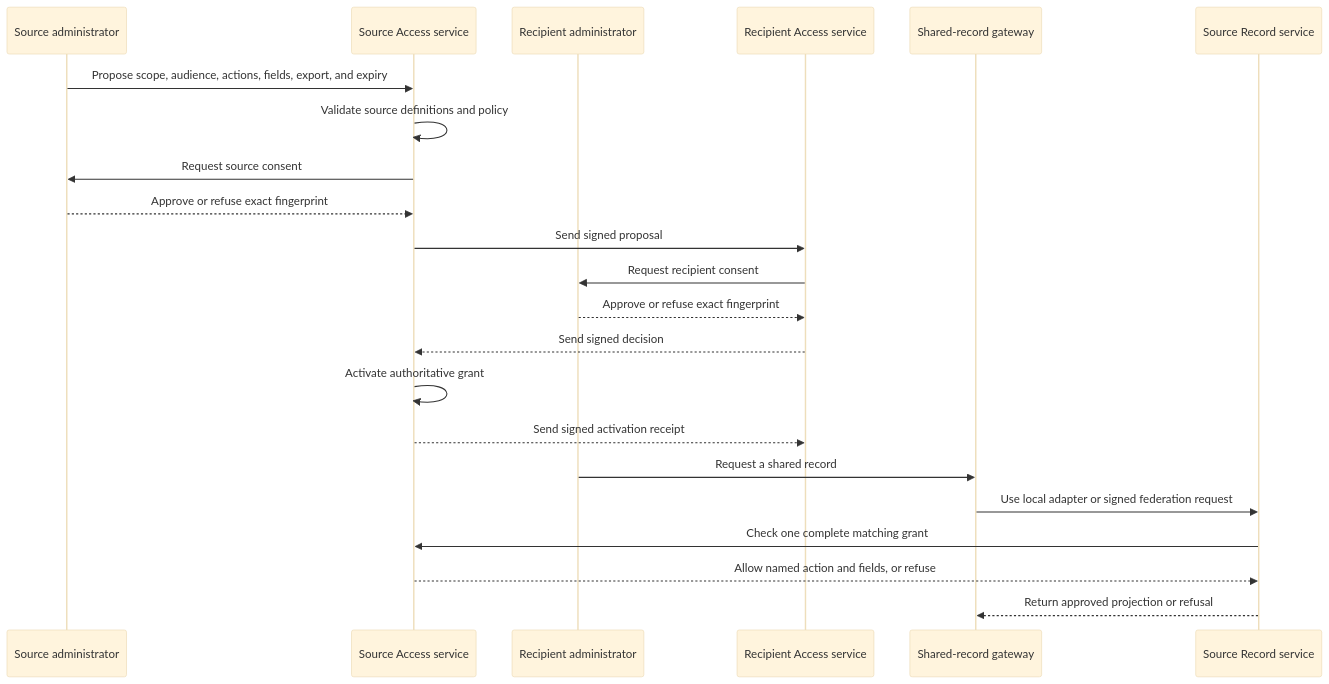
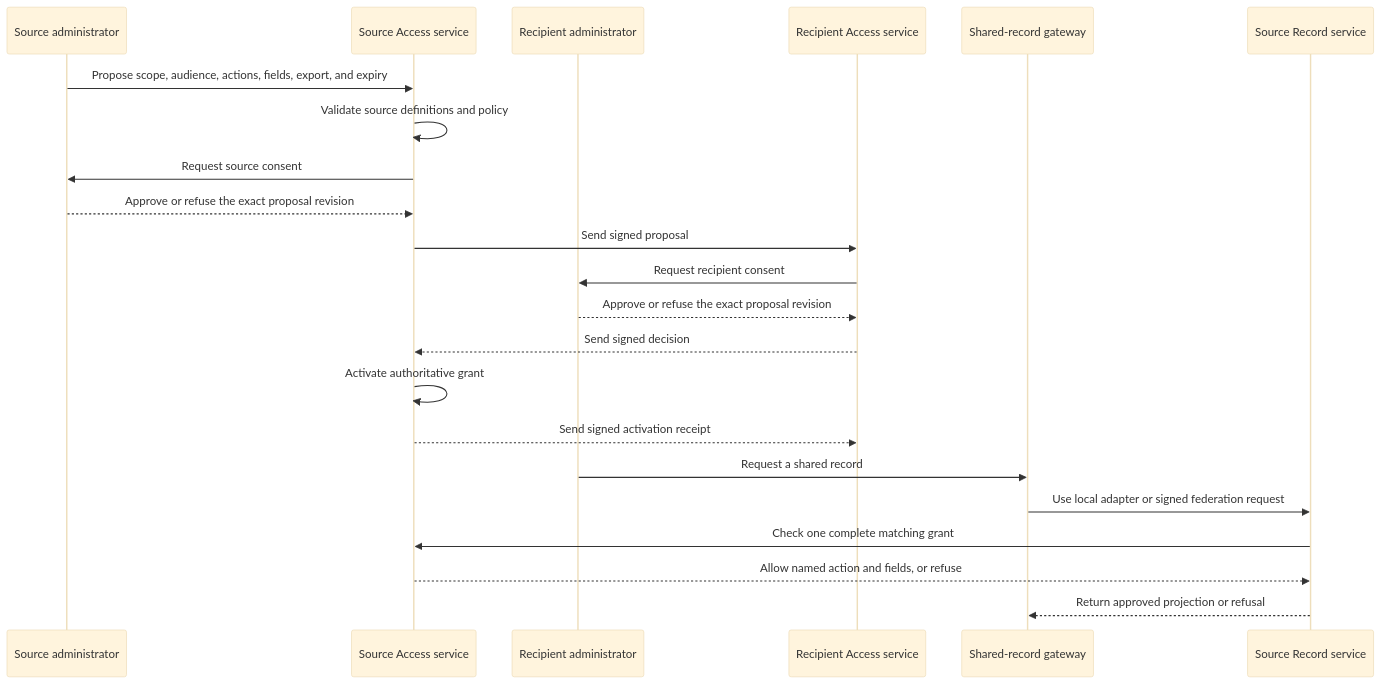
The second of 2 diagrams in docs/specification/16-copying-sharing-import-export.md (Abzum-NZ/Abzum-Vortex), drawn with Mermaid (base theme) before and after one commit. The commit also changed other lines of this file and 57 other files, not shown here.

````diff
--- a/docs/specification/16-copying-sharing-import-export.md
+++ b/docs/specification/16-copying-sharing-import-export.md
@@ -79,24 +79,24 @@
 ```mermaid
 sequenceDiagram
     participant Source as Source administrator
     participant SourceAccess as Source Access service
     participant Recipient as Recipient administrator
     participant RecipientAccess as Recipient Access service
     participant Gateway as Shared-record gateway
     participant Record as Source Record service
     Source->>SourceAccess: Propose scope, audience, actions, fields, export, and expiry
     SourceAccess->>SourceAccess: Validate source definitions and policy
     SourceAccess->>Source: Request source consent
-    Source-->>SourceAccess: Approve or refuse exact fingerprint
+    Source-->>SourceAccess: Approve or refuse the exact proposal revision
     SourceAccess->>RecipientAccess: Send signed proposal
     RecipientAccess->>Recipient: Request recipient consent
-    Recipient-->>RecipientAccess: Approve or refuse exact fingerprint
+    Recipient-->>RecipientAccess: Approve or refuse the exact proposal revision
     RecipientAccess-->>SourceAccess: Send signed decision
     SourceAccess->>SourceAccess: Activate authoritative grant
     SourceAccess-->>RecipientAccess: Send signed activation receipt
     Recipient->>Gateway: Request a shared record
     Gateway->>Record: Use local adapter or signed federation request
     Record->>SourceAccess: Check one complete matching grant
     SourceAccess-->>Record: Allow named action and fields, or refuse
     Record-->>Gateway: Return approved projection or refusal
 ```
````
